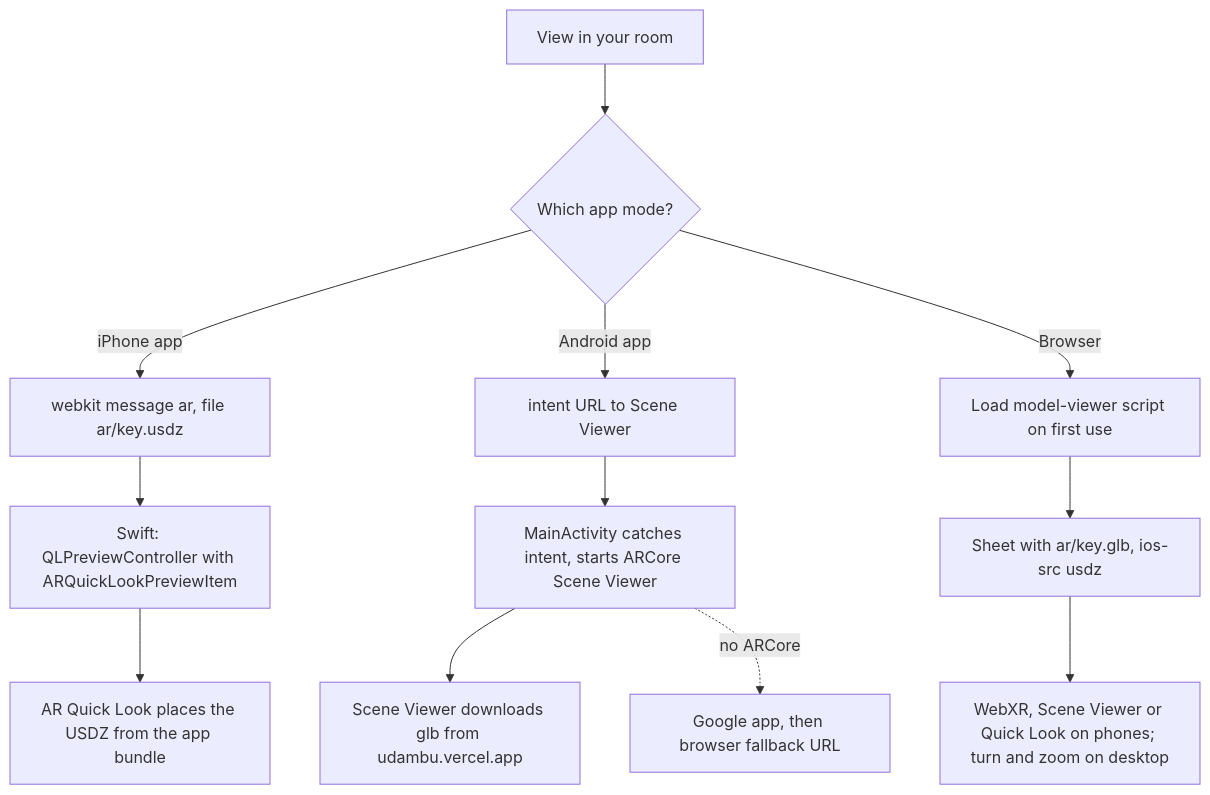
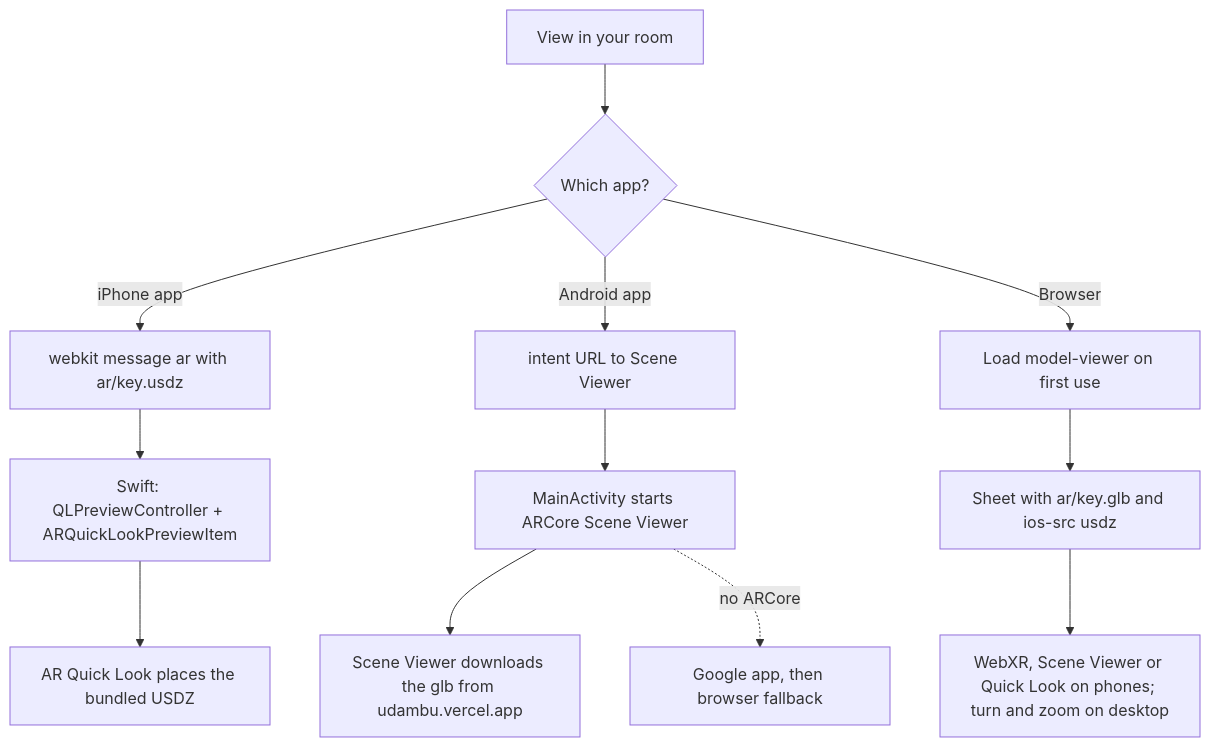
The sixth of 9 diagrams in ARCHITECTURE.md (tgopinath/udambu), drawn with Mermaid before and after one commit. The commit also changed other lines of this file and 88 other files, not shown here.

First line of the commit message:
Udambu 2.0: one app, two levels. Explore (plain words, 3D, voice, AR, quiz) + Lab (the Anatomy Lab 3D/VR atlas)

````diff
--- a/ARCHITECTURE.md
+++ b/ARCHITECTURE.md
@@ -154,14 +169,14 @@
 ```mermaid
 flowchart TD
-  T["View in your room"] --> W{"Which app mode?"}
-  W -- "iPhone app" --> I1["webkit message ar, file ar/key.usdz"]
-  I1 --> I2["Swift: QLPreviewController with ARQuickLookPreviewItem"]
-  I2 --> I3["AR Quick Look places the USDZ from the app bundle"]
+  T["View in your room"] --> W{"Which app?"}
+  W -- "iPhone app" --> I1["webkit message ar with ar/key.usdz"]
+  I1 --> I2["Swift: QLPreviewController + ARQuickLookPreviewItem"]
+  I2 --> I3["AR Quick Look places the bundled USDZ"]
   W -- "Android app" --> A1["intent URL to Scene Viewer"]
-  A1 --> A2["MainActivity catches intent, starts ARCore Scene Viewer"]
-  A2 --> A3["Scene Viewer downloads glb from udambu.vercel.app"]
-  A2 -. "no ARCore" .-> A4["Google app, then browser fallback URL"]
-  W -- "Browser" --> B1["Load model-viewer script on first use"]
-  B1 --> B2["Sheet with ar/key.glb, ios-src usdz"]
+  A1 --> A2["MainActivity starts ARCore Scene Viewer"]
+  A2 --> A3["Scene Viewer downloads the glb from udambu.vercel.app"]
+  A2 -. "no ARCore" .-> A4["Google app, then browser fallback"]
+  W -- "Browser" --> B1["Load model-viewer on first use"]
+  B1 --> B2["Sheet with ar/key.glb and ios-src usdz"]
   B2 --> B3["WebXR, Scene Viewer or Quick Look on phones; turn and zoom on desktop"]
 ```
````
